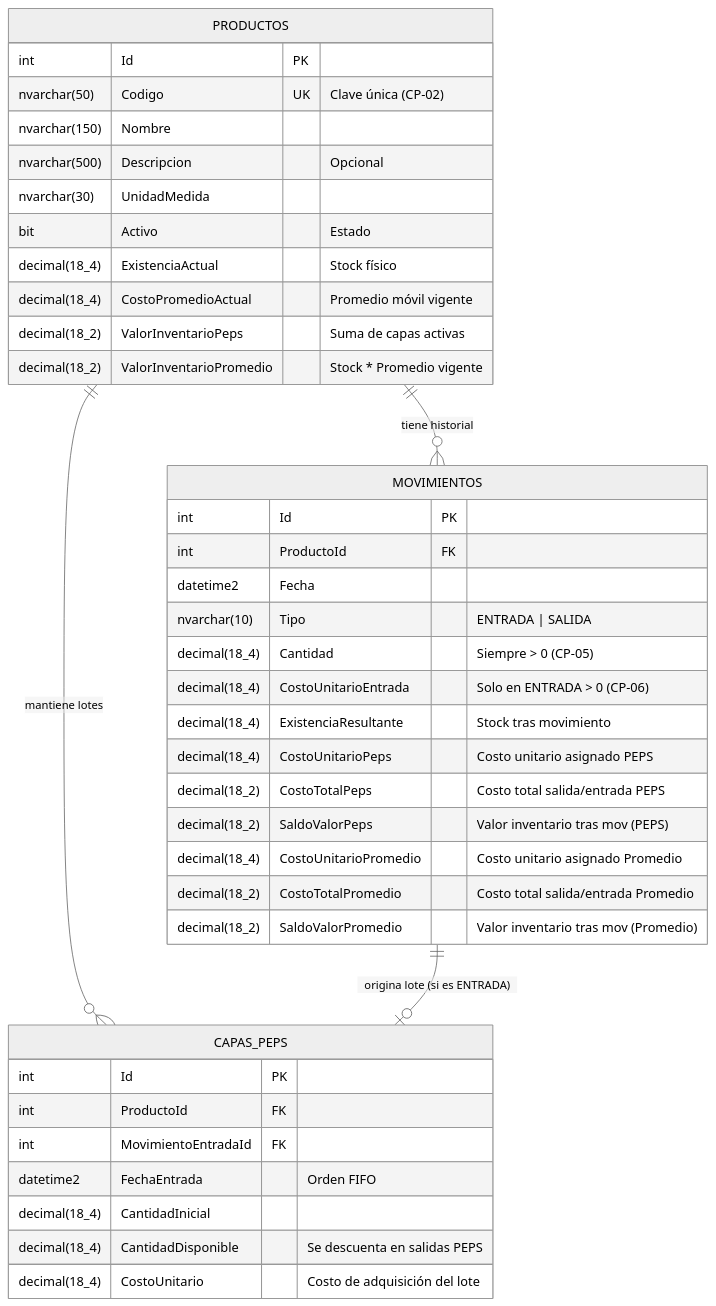
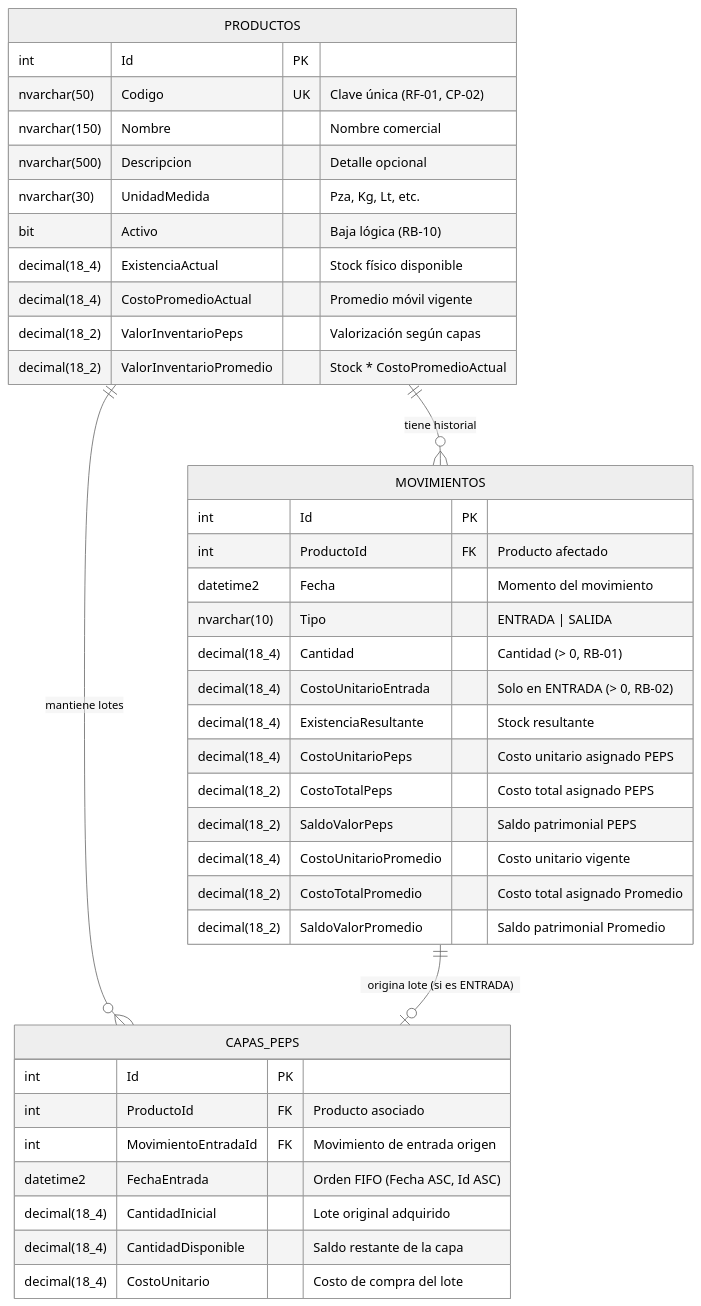
The diagram in README.md (Galucio-97/SistemaInventario-), drawn with Mermaid (neutral theme) before and after one commit. The commit also changed other lines of this file and 12 other files, not shown here.

````diff
--- a/README.md
+++ b/README.md
@@ -10,45 +85,45 @@
 ```mermaid
 erDiagram
     PRODUCTOS ||--o{ MOVIMIENTOS : "tiene historial"
     PRODUCTOS ||--o{ CAPAS_PEPS : "mantiene lotes"
     MOVIMIENTOS ||--o| CAPAS_PEPS : "origina lote (si es ENTRADA)"
 
     PRODUCTOS {
         int Id PK
-        nvarchar(50) Codigo UK "Clave única (CP-02)"
-        nvarchar(150) Nombre
-        nvarchar(500) Descripcion "Opcional"
-        nvarchar(30) UnidadMedida
-        bit Activo "Estado"
-        decimal(18_4) ExistenciaActual "Stock físico"
+        nvarchar(50) Codigo UK "Clave única (RF-01, CP-02)"
+        nvarchar(150) Nombre "Nombre comercial"
+        nvarchar(500) Descripcion "Detalle opcional"
+        nvarchar(30) UnidadMedida "Pza, Kg, Lt, etc."
+        bit Activo "Baja lógica (RB-10)"
+        decimal(18_4) ExistenciaActual "Stock físico disponible"
         decimal(18_4) CostoPromedioActual "Promedio móvil vigente"
-        decimal(18_2) ValorInventarioPeps "Suma de capas activas"
-        decimal(18_2) ValorInventarioPromedio "Stock * Promedio vigente"
+        decimal(18_2) ValorInventarioPeps "Valorización según capas"
+        decimal(18_2) ValorInventarioPromedio "Stock * CostoPromedioActual"
     }
 
     MOVIMIENTOS {
         int Id PK
-        int ProductoId FK
-        datetime2 Fecha
+        int ProductoId FK "Producto afectado"
+        datetime2 Fecha "Momento del movimiento"
         nvarchar(10) Tipo "ENTRADA | SALIDA"
-        decimal(18_4) Cantidad "Siempre > 0 (CP-05)"
-        decimal(18_4) CostoUnitarioEntrada "Solo en ENTRADA > 0 (CP-06)"
-        decimal(18_4) ExistenciaResultante "Stock tras movimiento"
+        decimal(18_4) Cantidad "Cantidad (> 0, RB-01)"
+        decimal(18_4) CostoUnitarioEntrada "Solo en ENTRADA (> 0, RB-02)"
+        decimal(18_4) ExistenciaResultante "Stock resultante"
         decimal(18_4) CostoUnitarioPeps "Costo unitario asignado PEPS"
-        decimal(18_2) CostoTotalPeps "Costo total salida/entrada PEPS"
-        decimal(18_2) SaldoValorPeps "Valor inventario tras mov (PEPS)"
-        decimal(18_4) CostoUnitarioPromedio "Costo unitario asignado Promedio"
-        decimal(18_2) CostoTotalPromedio "Costo total salida/entrada Promedio"
-        decimal(18_2) SaldoValorPromedio "Valor inventario tras mov (Promedio)"
+        decimal(18_2) CostoTotalPeps "Costo total asignado PEPS"
+        decimal(18_2) SaldoValorPeps "Saldo patrimonial PEPS"
+        decimal(18_4) CostoUnitarioPromedio "Costo unitario vigente"
+        decimal(18_2) CostoTotalPromedio "Costo total asignado Promedio"
+        decimal(18_2) SaldoValorPromedio "Saldo patrimonial Promedio"
     }
 
     CAPAS_PEPS {
         int Id PK
-        int ProductoId FK
-        int MovimientoEntradaId FK
-        datetime2 FechaEntrada "Orden FIFO"
-        decimal(18_4) CantidadInicial
-        decimal(18_4) CantidadDisponible "Se descuenta en salidas PEPS"
-        decimal(18_4) CostoUnitario "Costo de adquisición del lote"
+        int ProductoId FK "Producto asociado"
+        int MovimientoEntradaId FK "Movimiento de entrada origen"
+        datetime2 FechaEntrada "Orden FIFO (Fecha ASC, Id ASC)"
+        decimal(18_4) CantidadInicial "Lote original adquirido"
+        decimal(18_4) CantidadDisponible "Saldo restante de la capa"
+        decimal(18_4) CostoUnitario "Costo de compra del lote"
     }
 ```
````
